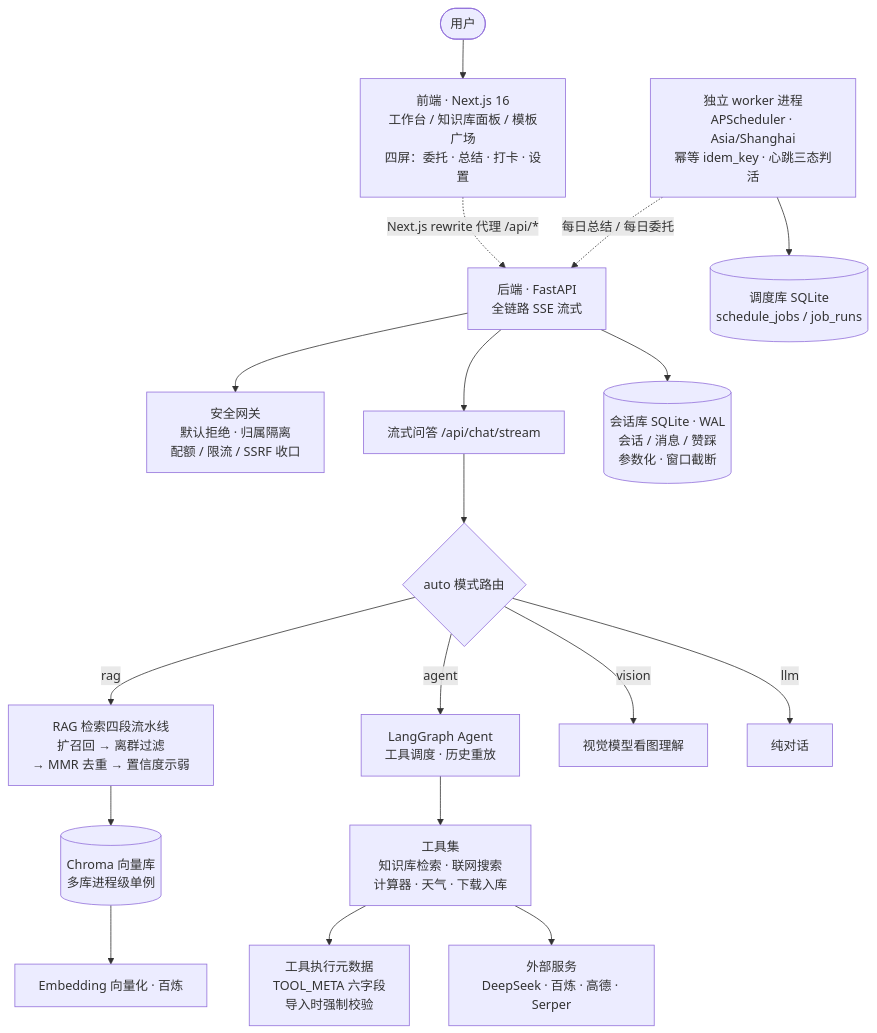
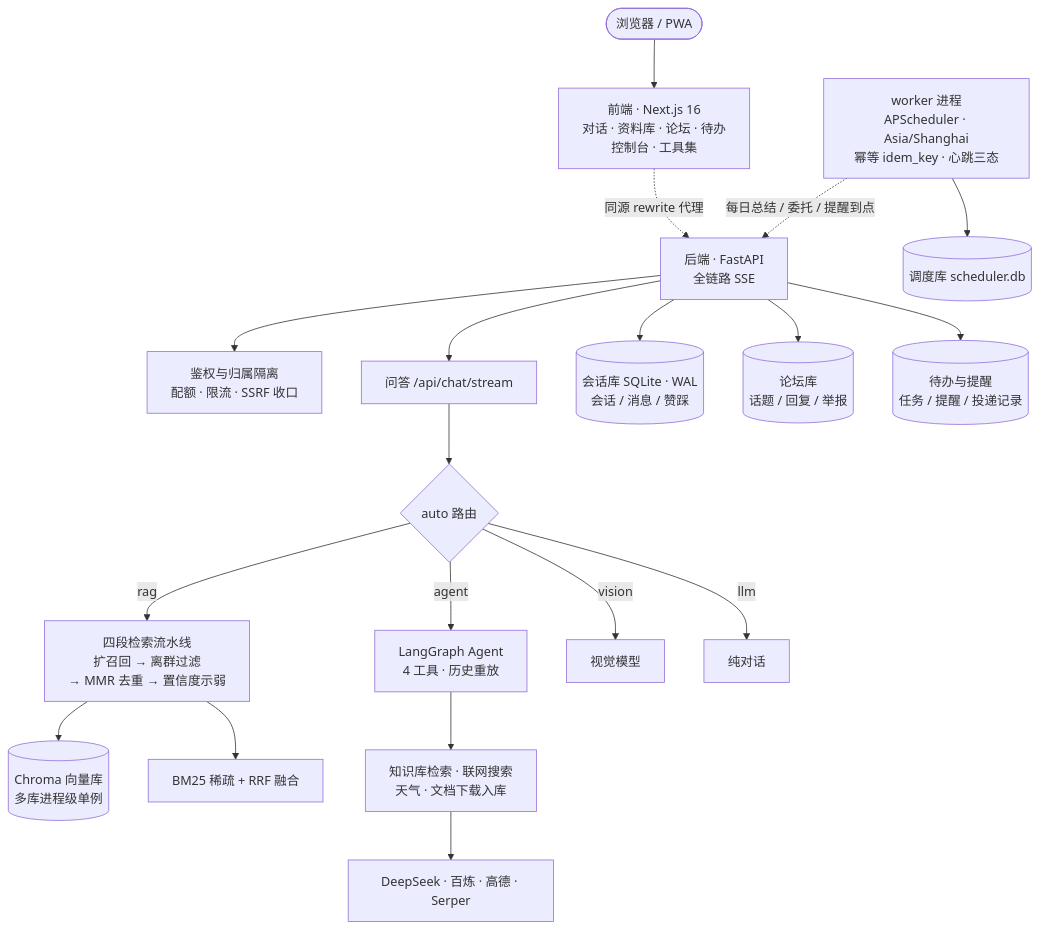
One commit to baomi888/agent-hub changed the diagram in README.md. Above: the diagram before and after it, drawn with Mermaid. The commit also changed other lines of this file and 5 other files, not shown here.

````diff
--- a/README.md
+++ b/README.md
@@ -147,24 +254,25 @@
 ```mermaid
 flowchart TB
-    U([用户]) --> FE[前端 · Next.js 16<br/>工作台 / 知识库面板 / 模板广场<br/>四屏：委托 · 总结 · 打卡 · 设置]
-    FE -. "Next.js rewrite 代理 /api/*" .-> BE[后端 · FastAPI<br/>全链路 SSE 流式]
+    U([浏览器 / PWA]) --> FE[前端 · Next.js 16<br/>对话 · 资料库 · 论坛 · 待办<br/>控制台 · 工具集]
+    FE -. "同源 rewrite 代理" .-> BE[后端 · FastAPI<br/>全链路 SSE]
 
-    BE --> GW[安全网关<br/>默认拒绝 · 归属隔离<br/>配额 / 限流 / SSRF 收口]
-    BE --> CHAT[流式问答 /api/chat/stream]
+    BE --> GW[鉴权与归属隔离<br/>配额 · 限流 · SSRF 收口]
+    BE --> CHAT[问答 /api/chat/stream]
 
-    CHAT --> ROUTE{auto 模式路由}
-    ROUTE -->|rag| RAG[RAG 检索四段流水线<br/>扩召回 → 离群过滤<br/>→ MMR 去重 → 置信度示弱]
-    ROUTE -->|agent| AGENT[LangGraph Agent<br/>工具调度 · 历史重放]
-    ROUTE -->|vision| VISION[视觉模型看图理解]
+    CHAT --> ROUTE{auto 路由}
+    ROUTE -->|rag| RAG[四段检索流水线<br/>扩召回 → 离群过滤<br/>→ MMR 去重 → 置信度示弱]
+    ROUTE -->|agent| AGENT[LangGraph Agent<br/>4 工具 · 历史重放]
+    ROUTE -->|vision| VISION[视觉模型]
     ROUTE -->|llm| LLM[纯对话]
 
-    RAG --> VS[("Chroma 向量库<br/>多库进程级单例")]
-    AGENT --> TOOLS[工具集<br/>知识库检索 · 联网搜索<br/>计算器 · 天气 · 下载入库]
-    TOOLS --> TR[工具执行元数据<br/>TOOL_META 六字段<br/>导入时强制校验]
-    TOOLS --> EXT[外部服务<br/>DeepSeek · 百炼 · 高德 · Serper]
-    VS --> EMB[Embedding 向量化 · 百炼]
+    RAG --> VS[(Chroma 向量库<br/>多库进程级单例)]
+    RAG --> BM[BM25 稀疏 + RRF 融合]
+    AGENT --> TOOLS[知识库检索 · 联网搜索<br/>天气 · 文档下载入库]
+    TOOLS --> EXT[DeepSeek · 百炼 · 高德 · Serper]
 
-    BE --> STORE[("会话库 SQLite · WAL<br/>会话 / 消息 / 赞踩<br/>参数化 · 窗口截断")]
-    WK[独立 worker 进程<br/>APScheduler · Asia/Shanghai<br/>幂等 idem_key · 心跳三态判活] --> SDB[("调度库 SQLite<br/>schedule_jobs / job_runs")]
-    WK -.->|"每日总结 / 每日委托"| BE
+    BE --> STORE[(会话库 SQLite · WAL<br/>会话 / 消息 / 赞踩)]
+    BE --> FORUM[(论坛库<br/>话题 / 回复 / 举报)]
+    BE --> TODO[(待办与提醒<br/>任务 / 提醒 / 投递记录)]
+    WK[worker 进程<br/>APScheduler · Asia/Shanghai<br/>幂等 idem_key · 心跳三态] --> SDB[(调度库 scheduler.db)]
+    WK -.->|每日总结 / 委托 / 提醒到点| BE
 ```
````
